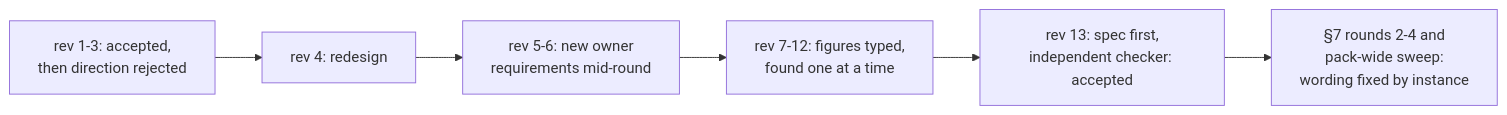
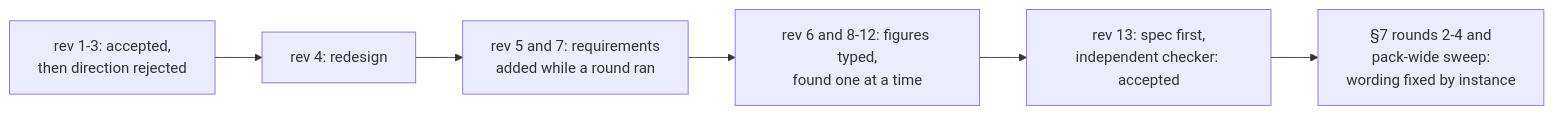
The eighth of 9 diagrams in Docs/demo-sprint/product-direction-layer4/product-transition-and-roadmap.md (bineyame/AssetOpsV1), drawn with Mermaid before and after one commit. The commit also changed other lines of this file and 4 other files, not shown here.

````diff
--- a/Docs/demo-sprint/product-direction-layer4/product-transition-and-roadmap.md
+++ b/Docs/demo-sprint/product-direction-layer4/product-transition-and-roadmap.md
@@ -496,4 +506,4 @@
 ```mermaid
 flowchart LR
-  R1["rev 1-3: accepted,<br/>then direction rejected"] --> R4["rev 4: redesign"] --> R5["rev 5-6: new owner<br/>requirements mid-round"] --> R7["rev 7-12: figures typed,<br/>found one at a time"] --> R13["rev 13: spec first,<br/>independent checker: accepted"] --> S7["§7 rounds 2-4 and<br/>pack-wide sweep:<br/>wording fixed by instance"]
+  R1["rev 1-3: accepted,<br/>then direction rejected"] --> R4["rev 4: redesign"] --> R5["rev 5 and 7: requirements<br/>added while a round ran"] --> R7["rev 6 and 8-12: figures typed,<br/>found one at a time"] --> R13["rev 13: spec first,<br/>independent checker: accepted"] --> S7["§7 rounds 2-4 and<br/>pack-wide sweep:<br/>wording fixed by instance"]
 ```
````
